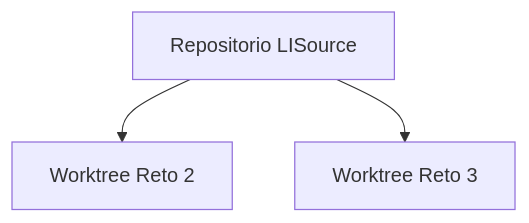
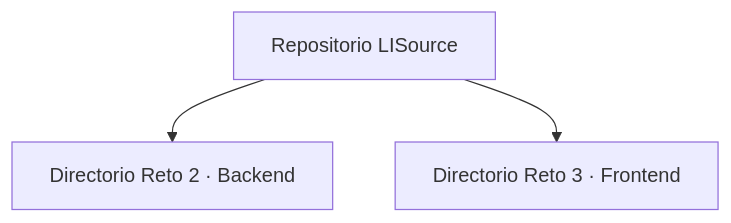
The eighth of 15 diagrams in README.md (lisudea/technical-test-2026-2), drawn with Mermaid before and after one commit. The commit also changed other lines of this file, not shown here.

Commit message:
docs(frontend): finalize Reto 3 technical documentation

````diff
--- a/README.md
+++ b/README.md
@@ -395,5 +434,5 @@
 ```mermaid
 flowchart TB
-  Repo[Repositorio LISource] --> WT2[Worktree Reto 2]
-  Repo --> WT3[Worktree Reto 3]
+  Repo[Repositorio LISource] --> WT2[Directorio Reto 2 · Backend]
+  Repo --> WT3[Directorio Reto 3 · Frontend]
 ```
````
